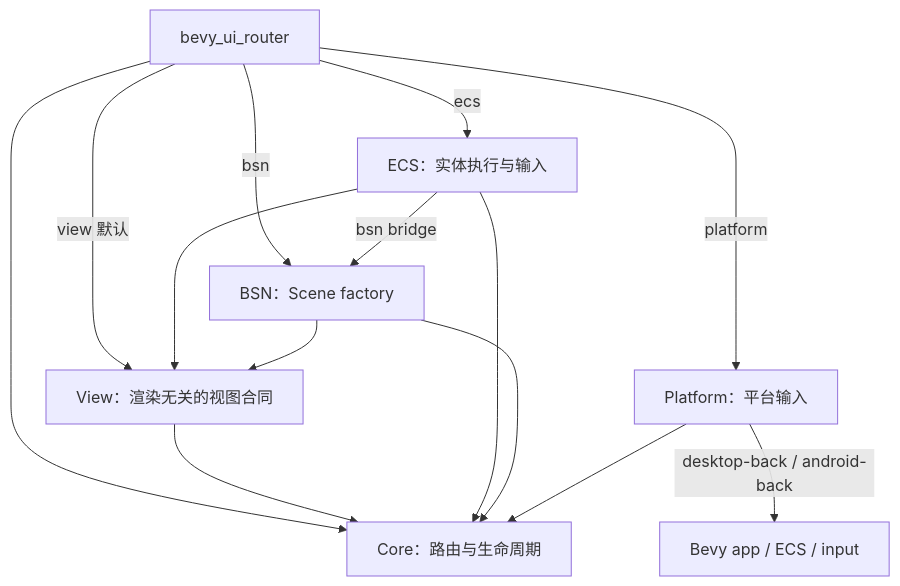
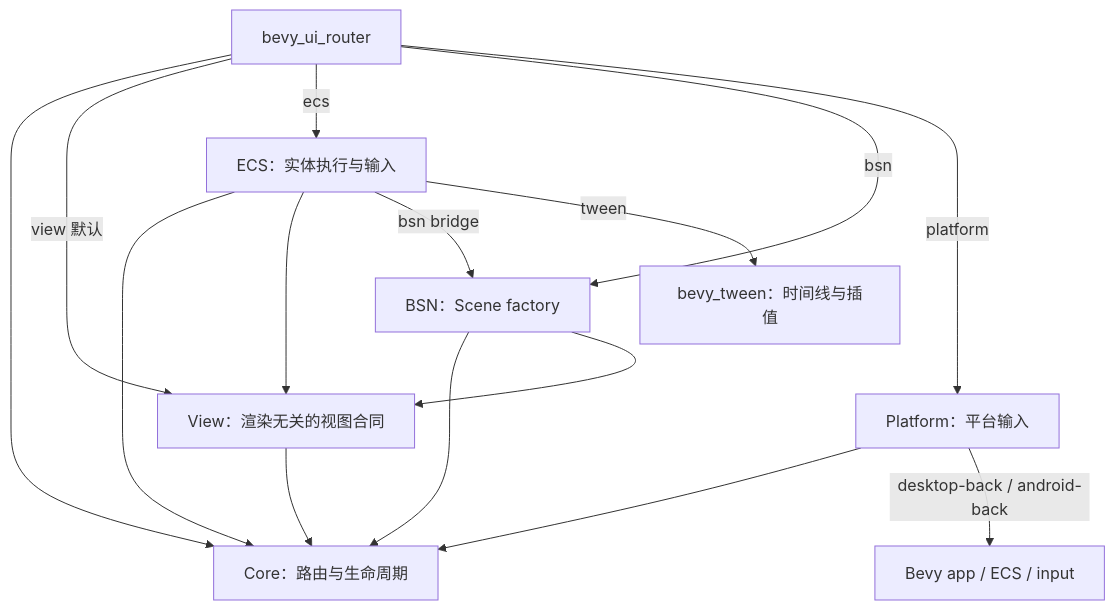
Before and after one commit to shengyusi-SYS/bevy_ui_router: the first of 2 diagrams in docs/architecture/README.md, drawn with Mermaid. The commit also changed other lines of this file and 25 other files, not shown here.

````diff
--- a/docs/architecture/README.md
+++ b/docs/architecture/README.md
@@ -11,16 +11,17 @@
 ```mermaid
 flowchart TD
     Facade["bevy_ui_router"] --> Core["Core：路由与生命周期"]
     Facade -->|view 默认| View["View：渲染无关的视图合同"]
     Facade -->|ecs| ECS["ECS：实体执行与输入"]
     Facade -->|bsn| BSN["BSN：Scene factory"]
     Facade -->|platform| Platform["Platform：平台输入"]
     View --> Core
     ECS --> Core
     ECS --> View
     ECS -->|bsn bridge| BSN
+    ECS -->|tween| Tween["bevy_tween：时间线与插值"]
     BSN --> Core
     BSN --> View
     Platform --> Core
     Platform -->|desktop-back / android-back| BevyInput["Bevy app / ECS / input"]
 ```
````
